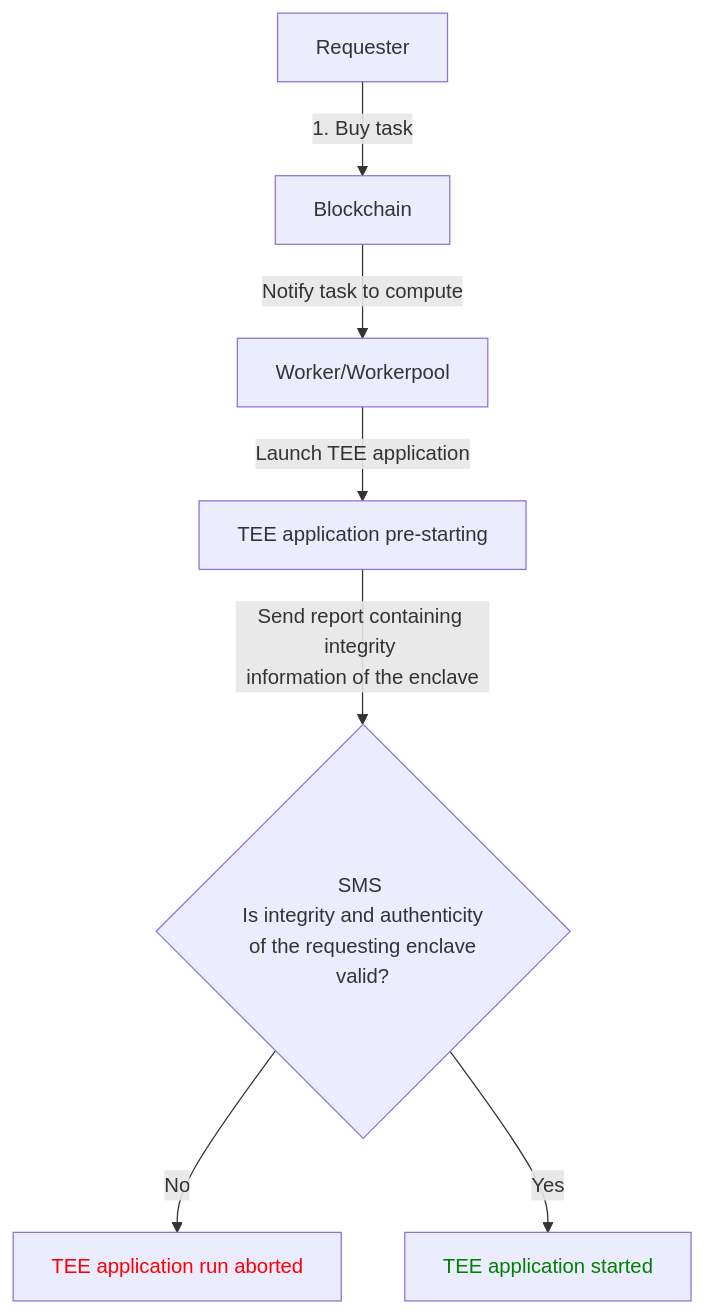
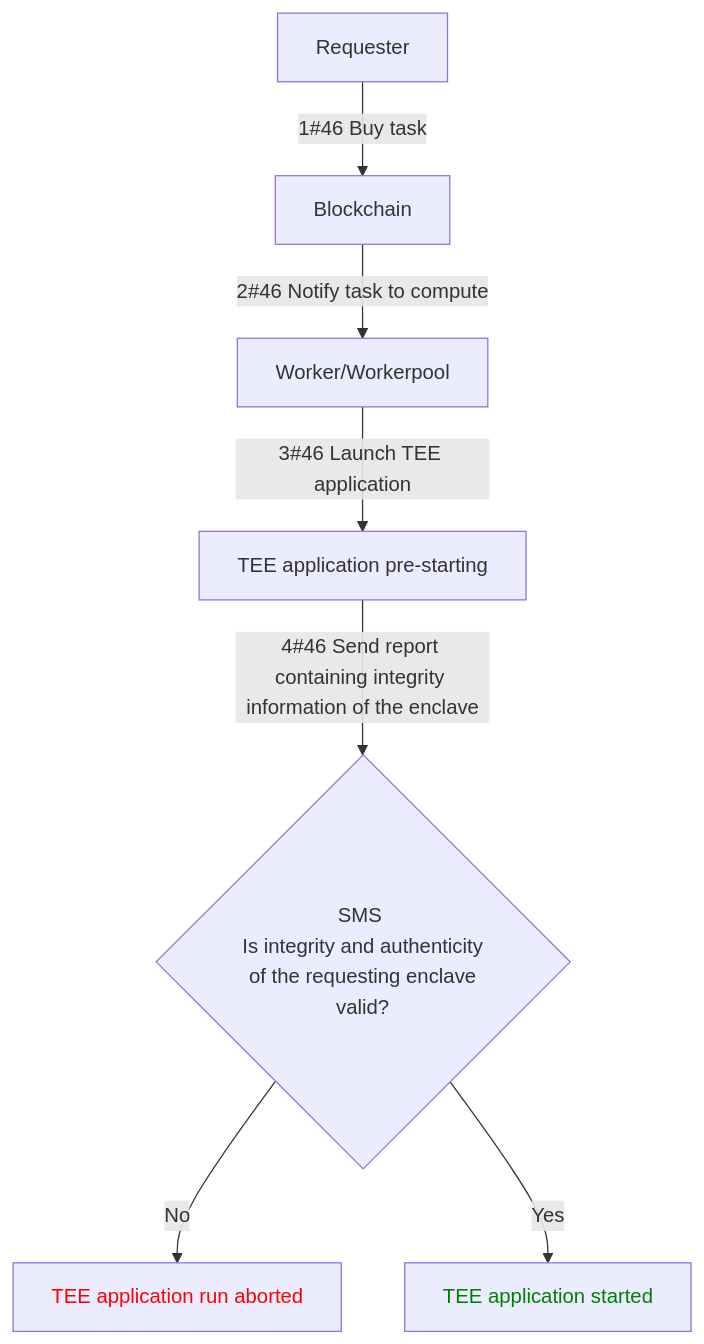
Before and after one commit to raorla/doc: the diagram in mermaid.md, drawn with Mermaid.

````diff
--- a/mermaid.md
+++ b/mermaid.md
@@ -1,12 +1,12 @@
 ```mermaid
 graph TD
-    Req[Requester] --> |1#46; Buy task| Chain
-    Chain[Blockchain] --> |Notify task to compute| Worker[Worker/Workerpool]
-    Worker --> |Launch TEE application| App[TEE application pre-starting]
-    App --> |Send report containing integrity <br>information of the enclave| SMS{SMS <br> Is integrity and authenticity <br> of the requesting enclave valid?}
+    Req[Requester] --> |1#46 Buy task| Chain
+    Chain[Blockchain] --> |2#46 Notify task to compute| Worker[Worker/Workerpool]
+    Worker --> |3#46 Launch TEE application| App[TEE application pre-starting]
+    App --> |4#46 Send report containing integrity <br>information of the enclave| SMS{SMS <br> Is integrity and authenticity <br> of the requesting enclave valid?}
     SMS --> |No| AppFailed[TEE application run aborted]
     SMS --> |Yes| AppStarted[TEE application started]
 
     style AppFailed color:red
     style AppStarted color:green
 ```
````
